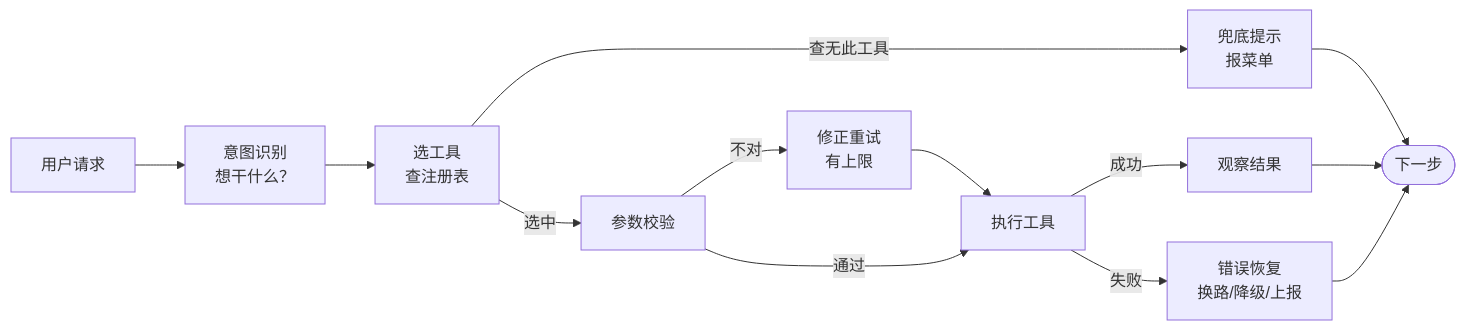
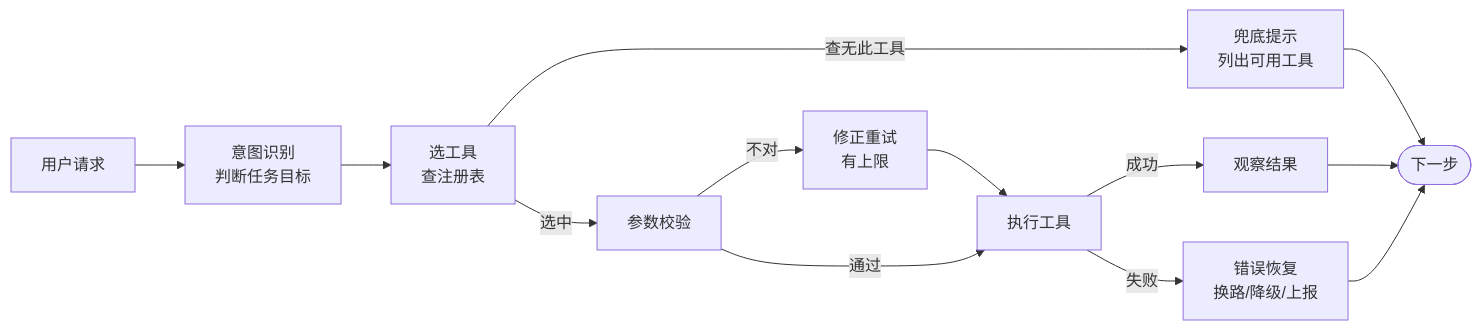
One commit to xxxAndlk/AI_Agent_Learning_path changed the diagram in 06.Agent系统与智能体/第07课_ToolUse工具系统/第07课.md. Above: the diagram before and after it, drawn with Mermaid. The commit also changed other lines of this file and 3 other files, not shown here.

````diff
--- a/06.Agent系统与智能体/第07课_ToolUse工具系统/第07课.md
+++ b/06.Agent系统与智能体/第07课_ToolUse工具系统/第07课.md
@@ -29,15 +31,15 @@
 ```mermaid
 flowchart LR
-    Q["用户请求"] --> R["意图识别<br/>想干什么？"]
+    Q["用户请求"] --> R["意图识别<br/>判断任务目标"]
     R --> P["选工具<br/>查注册表"]
-    P -- "查无此工具" --> F["兜底提示<br/>报菜单"]
+    P -- "查无此工具" --> F["兜底提示<br/>列出可用工具"]
     P -- "选中" --> V["参数校验"]
     V -- "不对" --> C["修正重试<br/>有上限"]
     V -- "通过" --> X["执行工具"]
     X -- "成功" --> O["观察结果"]
     X -- "失败" --> E["错误恢复<br/>换路/降级/上报"]
     O --> DONE([下一步])
     F --> DONE
     C --> X
     E --> DONE
 ```
````
